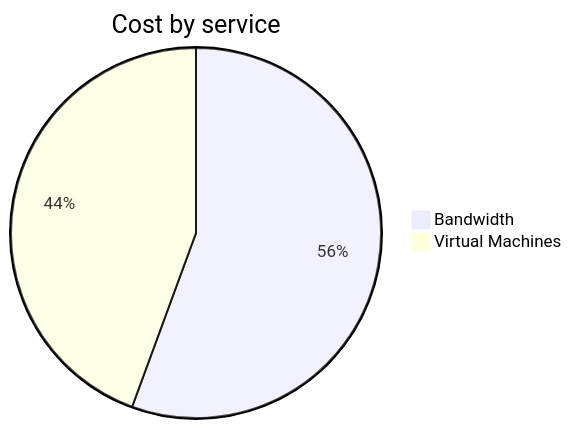
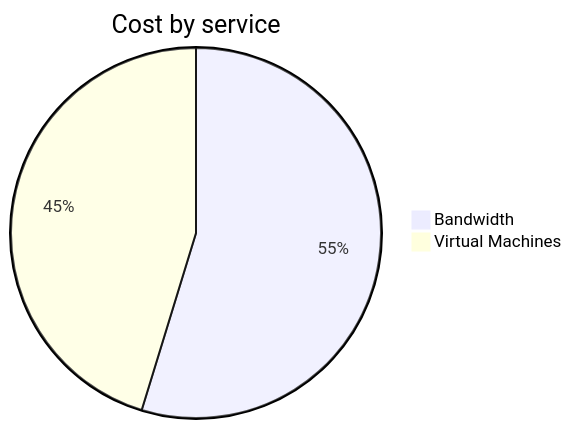
One commit to jpfulton/azure-personal-reports changed the second of 4 diagrams in cost-reports/personal-network/vpn-server.md. Above: the diagram before and after it, drawn with Mermaid. The commit also changed other lines of this file and 8 other files, not shown here.

````diff
--- a/cost-reports/personal-network/vpn-server.md
+++ b/cost-reports/personal-network/vpn-server.md
@@ -96,6 +96,6 @@
 ```mermaid
 pie
    title Cost by service
    "Bandwidth" : 6.30
-   "Virtual Machines" : 5.03
+   "Virtual Machines" : 5.21
 ```
````
